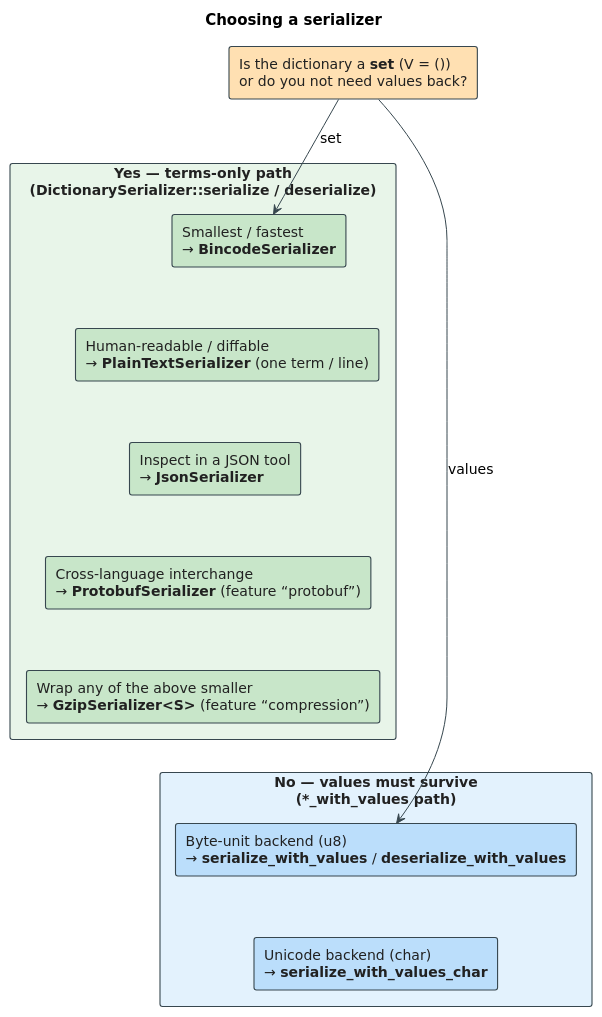
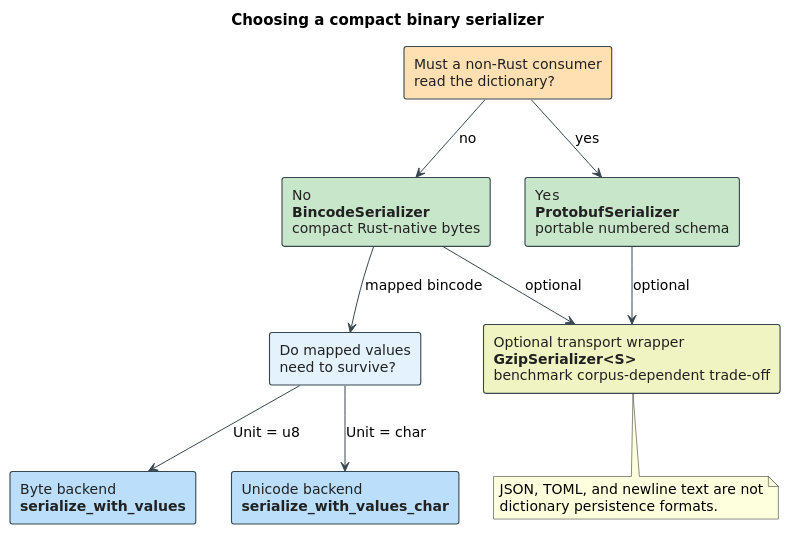
One commit to vinary-tree/libdictenstein changed the diagram in docs/diagrams/src/serializer-selector.puml. Above: the diagram before and after it, drawn with PlantUML. The commit also changed 24 other files, not shown here.

Commit message:
feat: keep dictionary persistence binary-only

```diff
--- a/docs/diagrams/src/serializer-selector.puml
+++ b/docs/diagrams/src/serializer-selector.puml
@@ -1,47 +1,41 @@
 @startuml serializer-selector
-' ============================================================================
-' serializer-selector.puml — pick a serializer: terms-only vs value-preserving.
-' Replaces the ASCII "choosing a serializer" tree in docs/algorithms/serialization.md.
-' Vertical two-lane decision tree (kept narrow for the prose column).
-' Color key:  amber = the root decision   green = terms-only serializers
-'             blue = value-preserving serializers
-' ============================================================================
+' Binary-only serializer selection.
 skinparam defaultFontSize 14
 skinparam shadowing false
 skinparam backgroundColor #FFFFFF
 skinparam defaultFontName "DejaVu Sans"
 skinparam ArrowColor #37474F
 skinparam packageStyle rectangle
 skinparam rectangle {
   BorderColor #37474F
   FontColor #212121
   BorderThickness 1.1
 }
 skinparam TitleFontSize 15
 
-title Choosing a serializer
+title Choosing a compact binary serializer
 
-rectangle "Is the dictionary a **set** (V = ())\nor do you not need values back?" as Q #FFE0B2
+rectangle "Must a non-Rust consumer\nread the dictionary?" as Q #FFE0B2
 
-package "Yes — terms-only path\n(DictionarySerializer::serialize / deserialize)" #E8F5E9 {
-  rectangle "Smallest / fastest\n→ **BincodeSerializer**" as B #C8E6C9
-  rectangle "Human-readable / diffable\n→ **PlainTextSerializer** (one term / line)" as P #C8E6C9
-  rectangle "Inspect in a JSON tool\n→ **JsonSerializer**" as J #C8E6C9
-  rectangle "Cross-language interchange\n→ **ProtobufSerializer** (feature “protobuf”)" as PR #C8E6C9
-  rectangle "Wrap any of the above smaller\n→ **GzipSerializer<S>** (feature “compression”)" as G #C8E6C9
-  B -[hidden]down- P
-  P -[hidden]down- J
-  J -[hidden]down- PR
-  PR -[hidden]down- G
-}
+rectangle "No\n**BincodeSerializer**\ncompact Rust-native bytes" as B #C8E6C9
+rectangle "Yes\n**ProtobufSerializer**\nportable numbered schema" as P #C8E6C9
 
-package "No — values must survive\n(*_with_values path)" #E3F2FD {
-  rectangle "Byte-unit backend (u8)\n→ **serialize_with_values** / **deserialize_with_values**" as BV #BBDEFB
-  rectangle "Unicode backend (char)\n→ **serialize_with_values_char**" as CV #BBDEFB
-  BV -[hidden]down- CV
-}
+rectangle "Do mapped values\nneed to survive?" as V #E3F2FD
+rectangle "Byte backend\n**serialize_with_values**" as BV #BBDEFB
+rectangle "Unicode backend\n**serialize_with_values_char**" as CV #BBDEFB
 
-Q --> B : set
-G -[hidden]down- BV
-Q --> BV : values
+rectangle "Optional transport wrapper\n**GzipSerializer<S>**\nbenchmark corpus-dependent trade-off" as G #F0F4C3
+
+Q --> B : no
+Q --> P : yes
+B --> V : mapped bincode
+V --> BV : Unit = u8
+V --> CV : Unit = char
+B --> G : optional
+P --> G : optional
+
+note bottom of G
+  JSON, TOML, and newline text are not
+  dictionary persistence formats.
+end note
 @enduml
```
